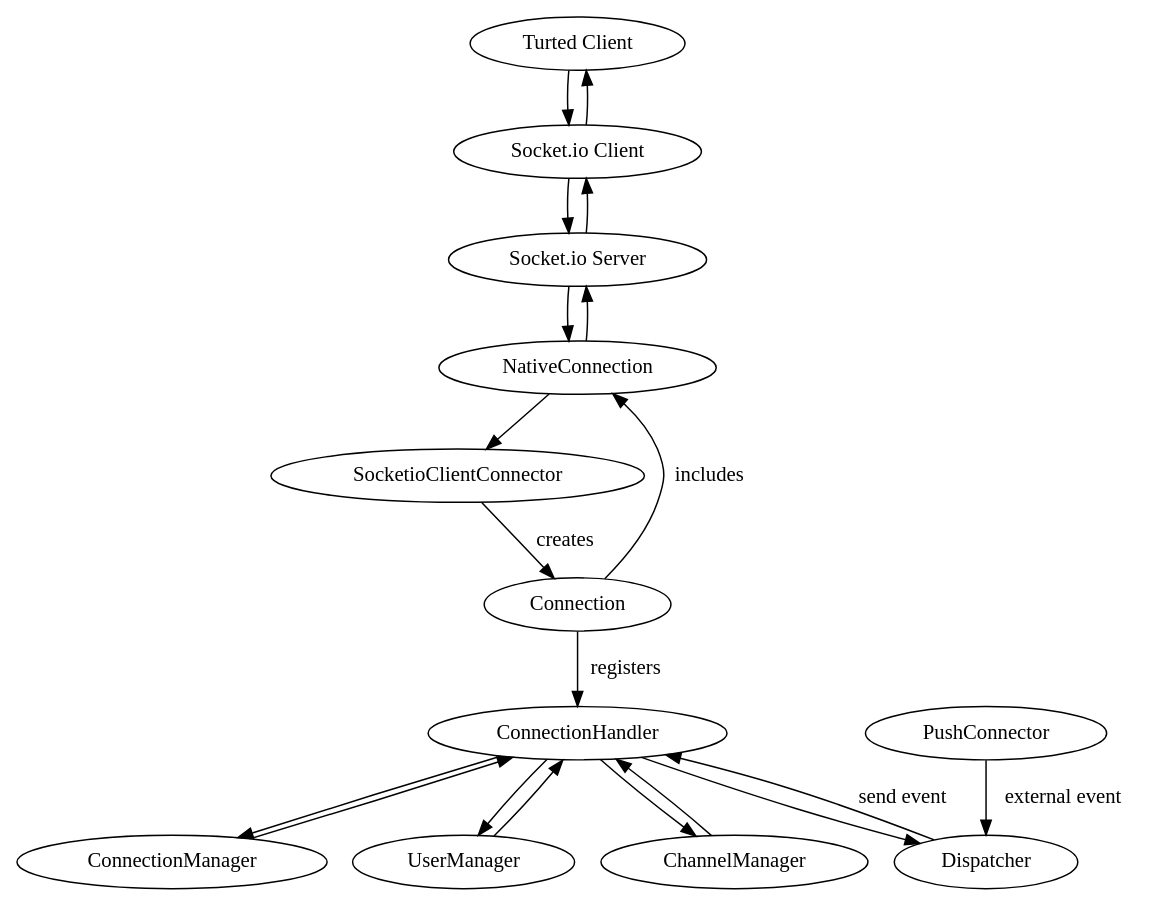
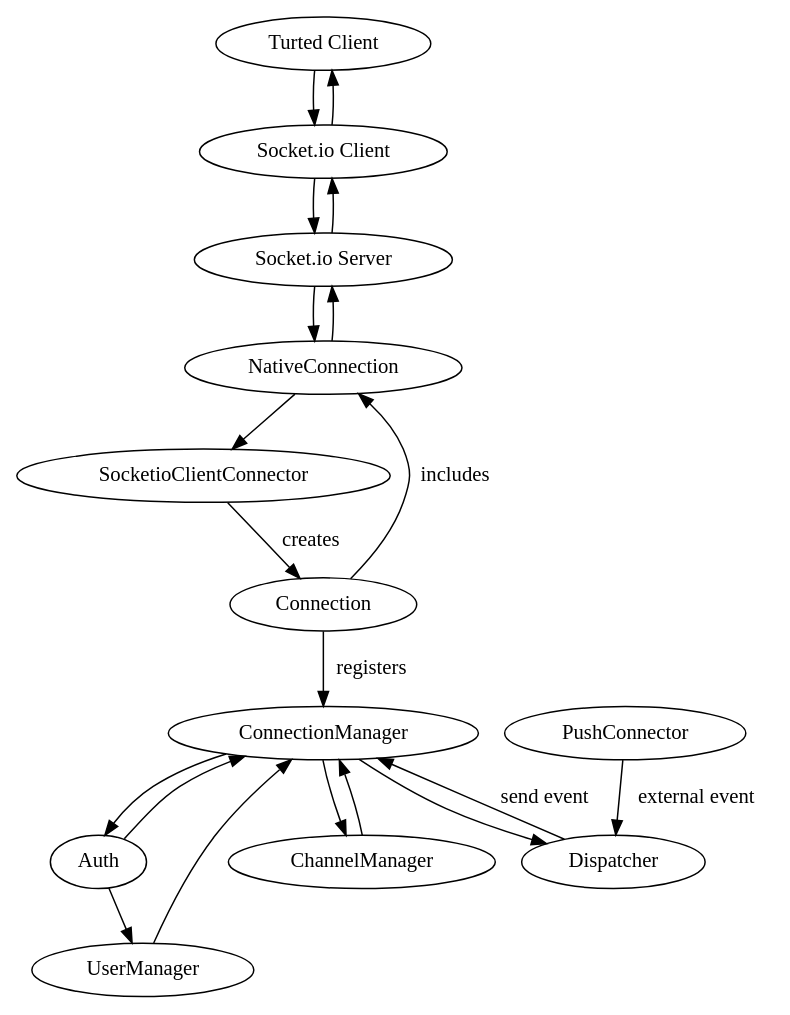
The diagram in docs/flow.gv (TURTED/TURTED_node), drawn with Graphviz before and after one commit. The commit also changed 1 other file, not shown here.

Commit message:
graph(viz) update

```diff
--- a/docs/flow.gv
+++ b/docs/flow.gv
@@ -1,31 +1,30 @@
 digraph Objects {
 
 	"Turted Client" -> "Socket.io Client"
 	"Socket.io Client"->"Turted Client"
 	"Socket.io Client" -> "Socket.io Server"
 	"Socket.io Server"->"Socket.io Client" 
 	"Socket.io Server" -> NativeConnection
 	NativeConnection -> "Socket.io Server"
 
 	NativeConnection -> SocketioClientConnector
 	SocketioClientConnector	-> Connection [label="creates"]
-	Connection -> ConnectionHandler [label="registers"]
+	Connection -> ConnectionManager [label="registers"]
 
 	Connection -> NativeConnection [label="includes"]
 
-	ConnectionHandler -> ConnectionManager
-	ConnectionHandler -> UserManager
-	ConnectionHandler -> ChannelManager
+	ConnectionManager -> Auth ->UserManager
+	ConnectionManager -> ChannelManager
+	Auth -> ConnectionManager
 
-	ConnectionHandler ->Dispatcher
-	UserManager ->ConnectionHandler
-	ChannelManager ->ConnectionHandler
-	ConnectionManager ->ConnectionHandler
+	ConnectionManager ->Dispatcher
+	UserManager ->ConnectionManager
+	ChannelManager ->ConnectionManager
 
 	PushConnector -> Dispatcher [label="external event"]
 	#FileTailConnector -> Dispatcher
 	#RedisPubSubConnector -> Dispatcher	
 	#RabbitMQConnector -> Dispatcher
 
-	Dispatcher -> ConnectionHandler [label="send event"]
+	Dispatcher -> ConnectionManager [label="send event"]
 }
```
